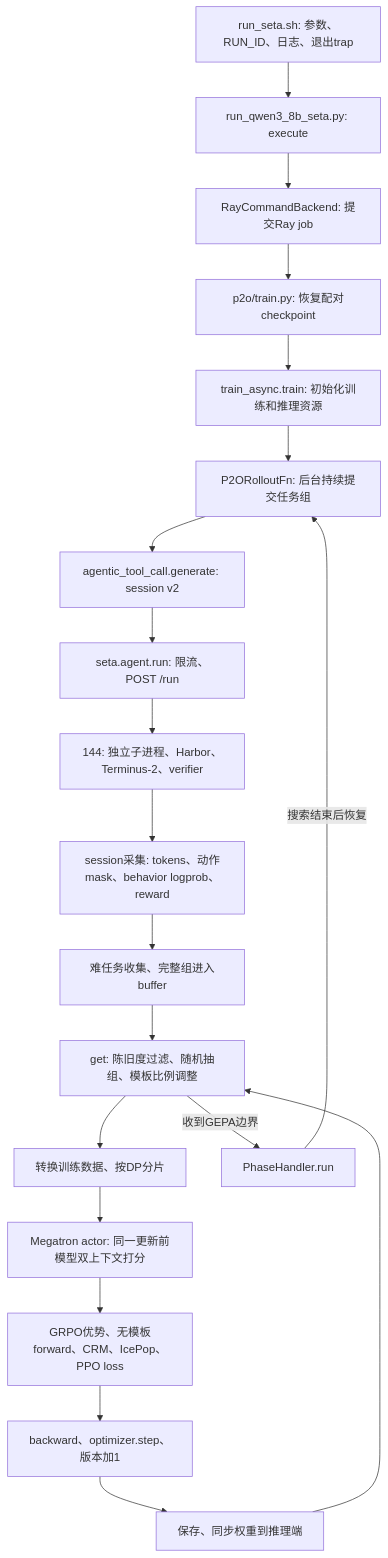
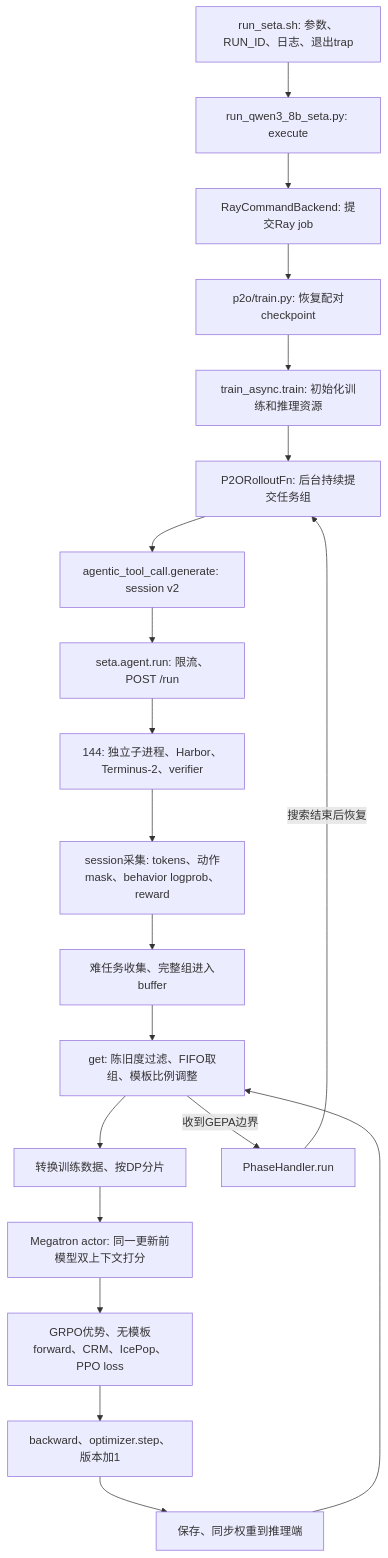
Before and after one commit to zlkqz/miles_zkq: the first of 2 diagrams in docs/p2o_call_chain.md, drawn with Mermaid. The commit also changed other lines of this file and 24 other files, not shown here.

````diff
--- a/docs/p2o_call_chain.md
+++ b/docs/p2o_call_chain.md
@@ -9,22 +9,22 @@
 ```mermaid
 flowchart TD
     A[run_seta.sh: 参数、RUN_ID、日志、退出trap] --> B[run_qwen3_8b_seta.py: execute]
     B --> C[RayCommandBackend: 提交Ray job]
     C --> D[p2o/train.py: 恢复配对checkpoint]
     D --> E[train_async.train: 初始化训练和推理资源]
     E --> F[P2ORolloutFn: 后台持续提交任务组]
     F --> G[agentic_tool_call.generate: session v2]
     G --> H[seta.agent.run: 限流、POST /run]
     H --> I[144: 独立子进程、Harbor、Terminus-2、verifier]
     I --> J[session采集: tokens、动作mask、behavior logprob、reward]
     J --> K[难任务收集、完整组进入buffer]
-    K --> L[get: 陈旧度过滤、随机抽组、模板比例调整]
+    K --> L[get: 陈旧度过滤、FIFO取组、模板比例调整]
     L --> M[转换训练数据、按DP分片]
     M --> N[Megatron actor: 同一更新前模型双上下文打分]
     N --> O[GRPO优势、无模板forward、CRM、IcePop、PPO loss]
     O --> P[backward、optimizer.step、版本加1]
     P --> Q[保存、同步权重到推理端]
     Q --> L
     L -->|收到GEPA边界| R[PhaseHandler.run]
     R -->|搜索结束后恢复| F
 ```
````
